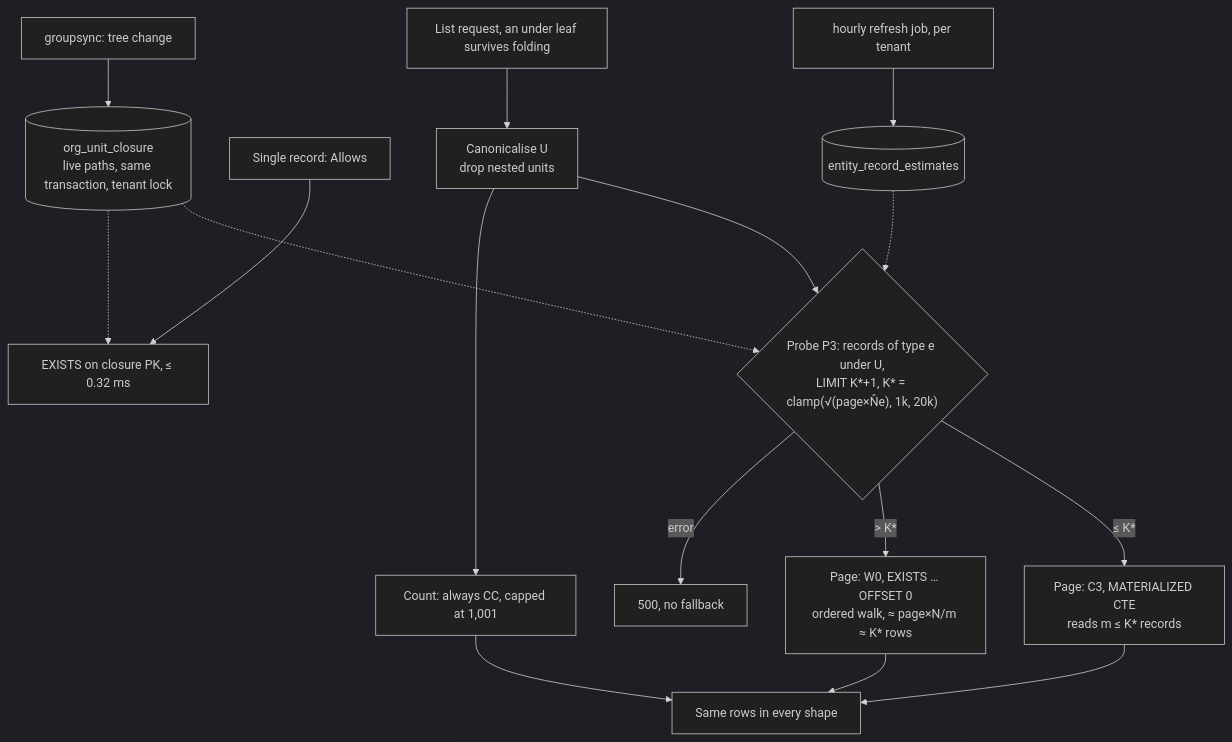
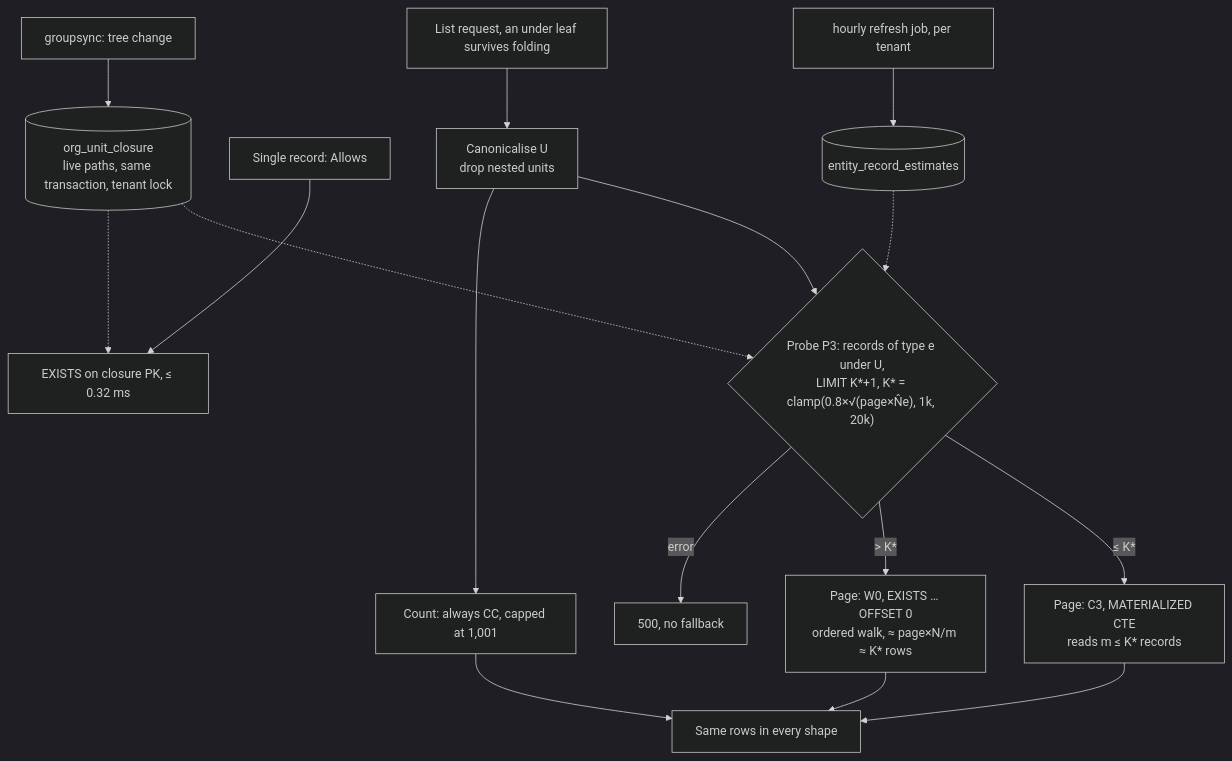
The diagram in docs/adr/ADR-010-A2-region-leaf-closure-probe-switch.md (Navaladi2019/TicketingSystem), drawn with Mermaid (dark theme) before and after one commit. The commit also changed other lines of this file and 6 other files, not shown here.

````diff
--- a/docs/adr/ADR-010-A2-region-leaf-closure-probe-switch.md
+++ b/docs/adr/ADR-010-A2-region-leaf-closure-probe-switch.md
@@ -72,18 +79,18 @@
 ```mermaid
 flowchart TD
   P[List request, an under leaf survives folding] --> U[Canonicalise U<br/>drop nested units]
-  U --> Q{"Probe P3: records of type e under U,<br/>LIMIT K*+1, K* = clamp(√(page×N̂e), 1k, 20k)"}
+  U --> Q{"Probe P3: records of type e under U,<br/>LIMIT K*+1, K* = clamp(0.8×√(page×N̂e), 1k, 20k)"}
   U --> CC["Count: always CC, capped at 1,001"]
   Q -- "≤ K*" --> C3["Page: C3, MATERIALIZED CTE<br/>reads m ≤ K* records"]
   Q -- "> K*" --> W0["Page: W0, EXISTS … OFFSET 0<br/>ordered walk, ≈ page×N/m ≈ K* rows"]
   Q -- error --> E[500, no fallback]
   C3 --> R[Same rows in every shape]
   W0 --> R
   CC --> R
   A[Single record: Allows] --> X["EXISTS on closure PK, ≤ 0.32 ms"]
   G[groupsync: tree change] --> B[(org_unit_closure<br/>live paths, same transaction, tenant lock)]
   J[hourly refresh job, per tenant] --> N[(entity_record_estimates)]
   N -.-> Q
   B -.-> Q
   B -.-> X
 ```
````
